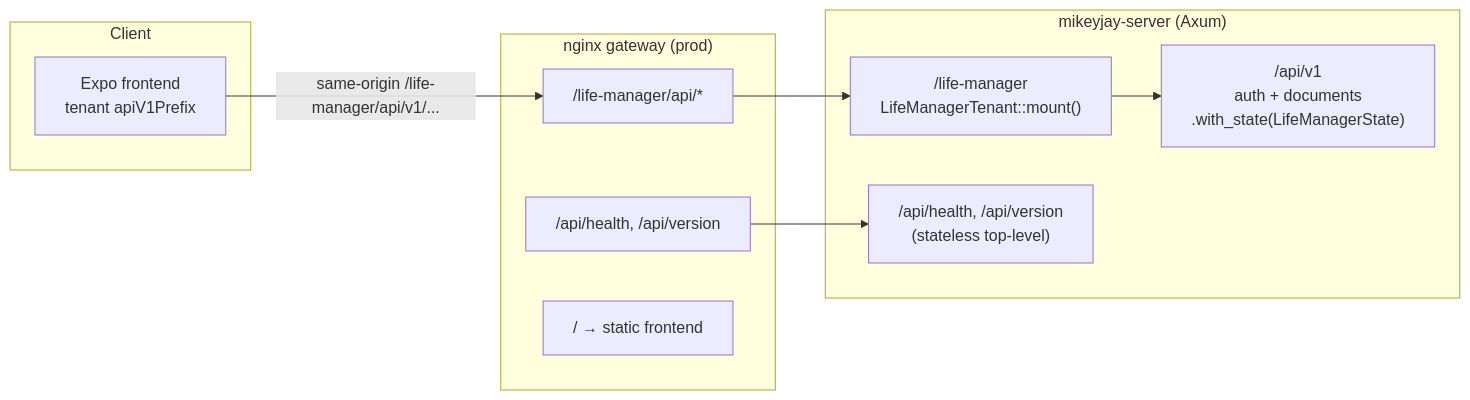
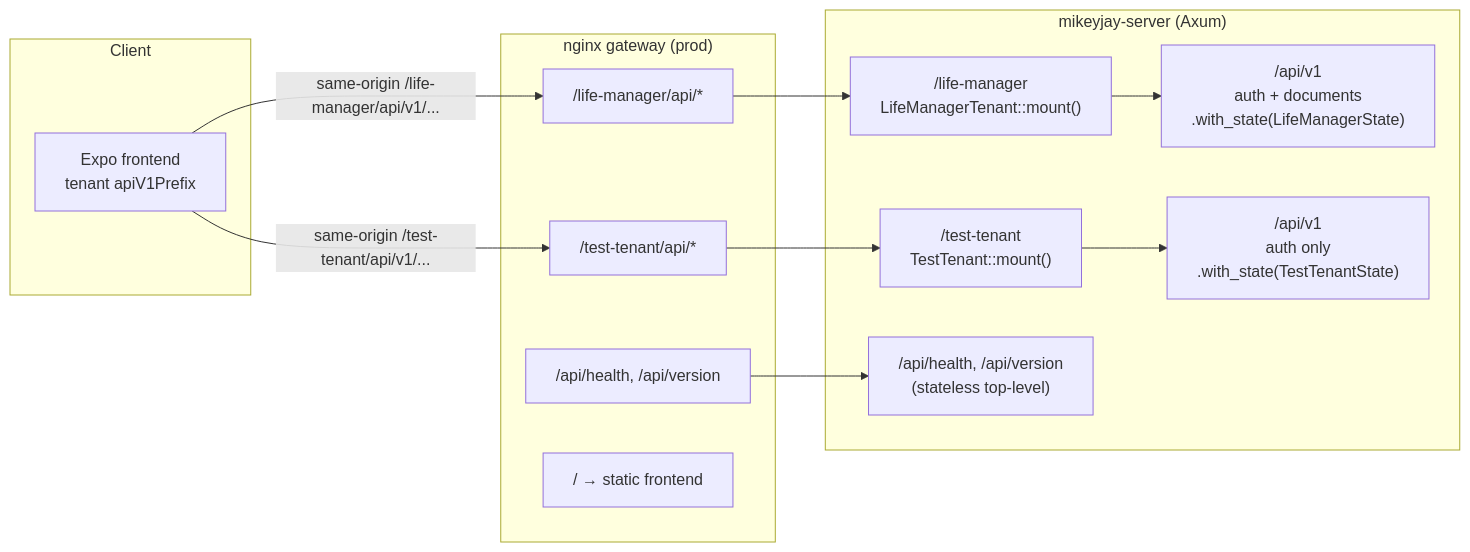
One commit to mikeyjay39/family-manager changed the second of 5 diagrams in docs/architecture.md. Above: the diagram before and after it, drawn with Mermaid. The commit also changed other lines of this file and 26 other files, not shown here.

````diff
--- a/docs/architecture.md
+++ b/docs/architecture.md
@@ -45,22 +51,27 @@
 ```mermaid
 flowchart LR
   subgraph client["Client"]
     fe["Expo frontend\ntenant apiV1Prefix"]
   end
 
   subgraph gateway["nginx gateway (prod)"]
     loc1["/life-manager/api/*"]
+    loc1b["/test-tenant/api/*"]
     loc2["/api/health, /api/version"]
     loc3["/ → static frontend"]
   end
 
   subgraph server["mikeyjay-server (Axum)"]
     r1["/life-manager\nLifeManagerTenant::mount()"]
+    r1b["/test-tenant\nTestTenant::mount()"]
     r2["/api/v1\nauth + documents\n.with_state(LifeManagerState)"]
+    r2b["/api/v1\nauth only\n.with_state(TestTenantState)"]
     r3["/api/health, /api/version\n(stateless top-level)"]
   end
 
   fe -->|"same-origin /life-manager/api/v1/..."| loc1
+  fe -->|"same-origin /test-tenant/api/v1/..."| loc1b
   loc1 --> r1 --> r2
+  loc1b --> r1b --> r2b
   loc2 --> r3
 ```
````
